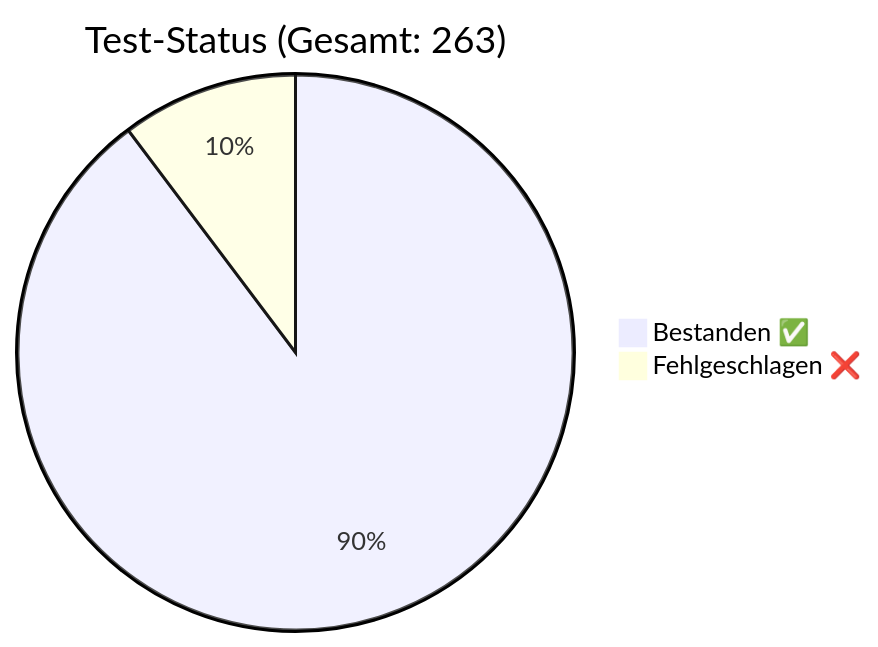
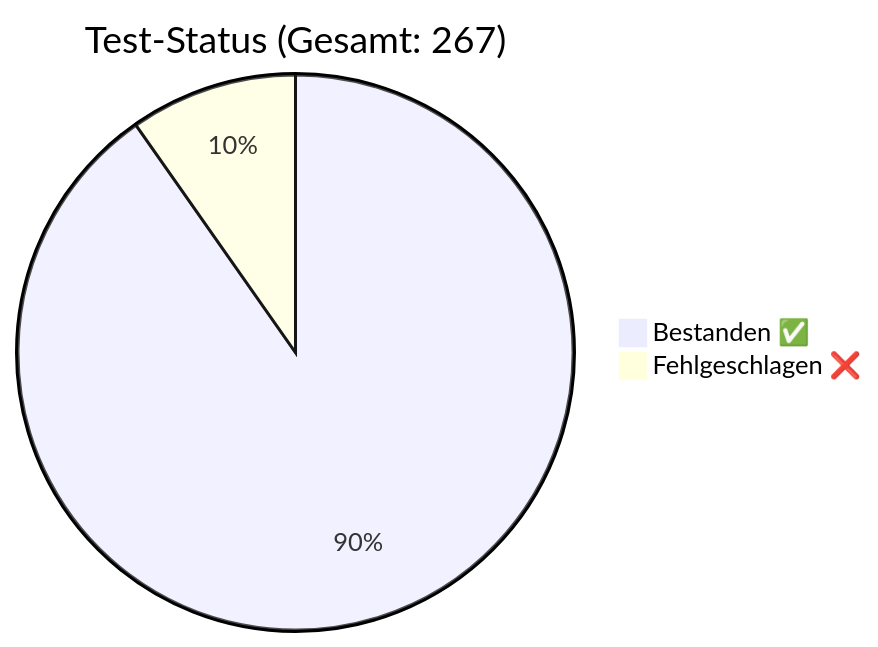
Before and after one commit to rorila/GCS: the diagram in docs/QA_Report.md, drawn with Mermaid. The commit also changed other lines of this file and 6 other files, not shown here.

````diff
--- a/docs/QA_Report.md
+++ b/docs/QA_Report.md
@@ -8,5 +8,5 @@
 ```mermaid
-pie title Test-Status (Gesamt: 263)
-    "Bestanden ✅" : 236
-    "Fehlgeschlagen ❌" : 27
+pie title Test-Status (Gesamt: 267)
+    "Bestanden ✅" : 241
+    "Fehlgeschlagen ❌" : 26
 ```
````
